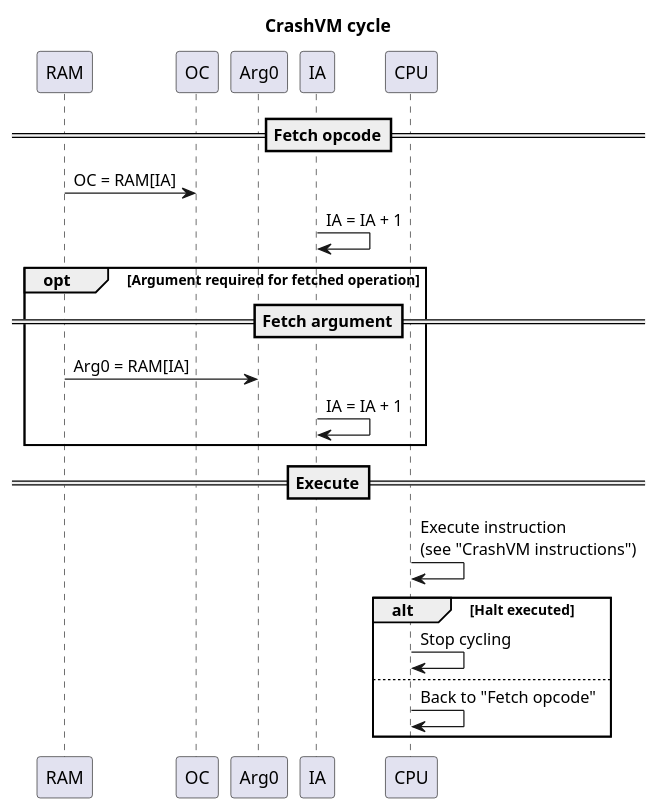
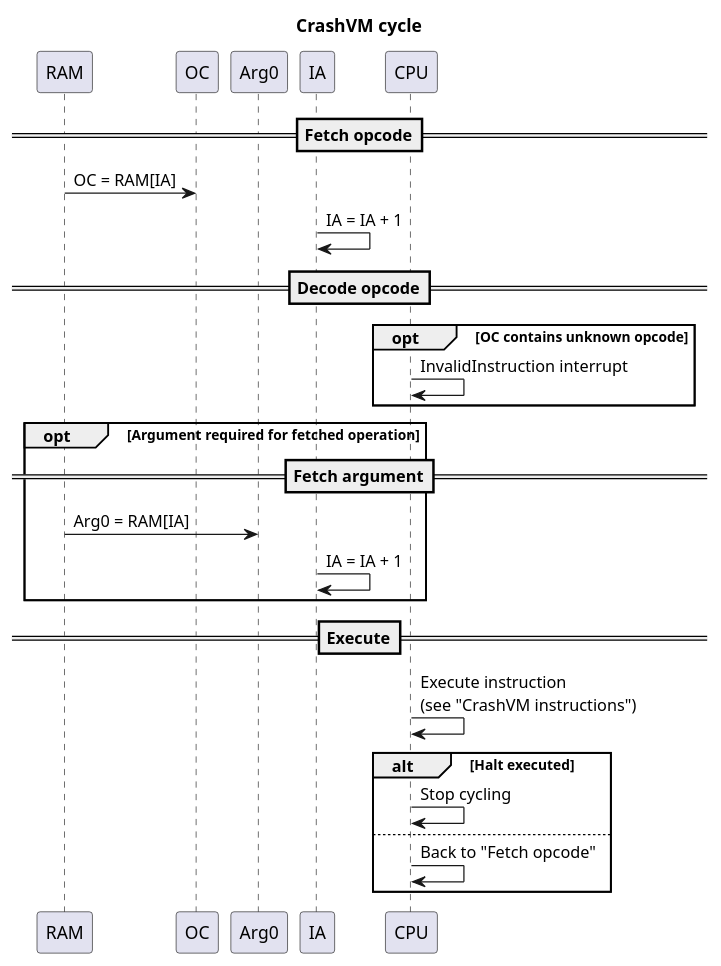
One commit to hypafrag/crash-vm changed the second of 3 diagrams in doc/system.puml. Above: the diagram before and after it, drawn with PlantUML. The commit also changed other lines of this file and 9 other files, not shown here.

```diff
--- a/doc/system.puml
+++ b/doc/system.puml
@@ -24,26 +24,30 @@
 @startuml
 title CrashVM cycle
 
 participant RAM
 participant OC
 participant Arg0
 participant IA
 participant CPU
 
 ==Fetch opcode==
 RAM -> OC: OC = RAM[IA]
 IA -> IA: IA = IA + 1
+==Decode opcode==
+opt OC contains unknown opcode
+CPU -> CPU: InvalidInstruction interrupt
+end
 opt Argument required for fetched operation
 ==Fetch argument==
 RAM -> Arg0: Arg0 = RAM[IA]
 IA -> IA: IA = IA + 1
 end
 ==Execute==
 CPU -> CPU: Execute instruction\n(see "CrashVM instructions")
 alt Halt executed
     CPU -> CPU: Stop cycling
 else
     CPU -> CPU: Back to "Fetch opcode"
 end
 
 @enduml
```
